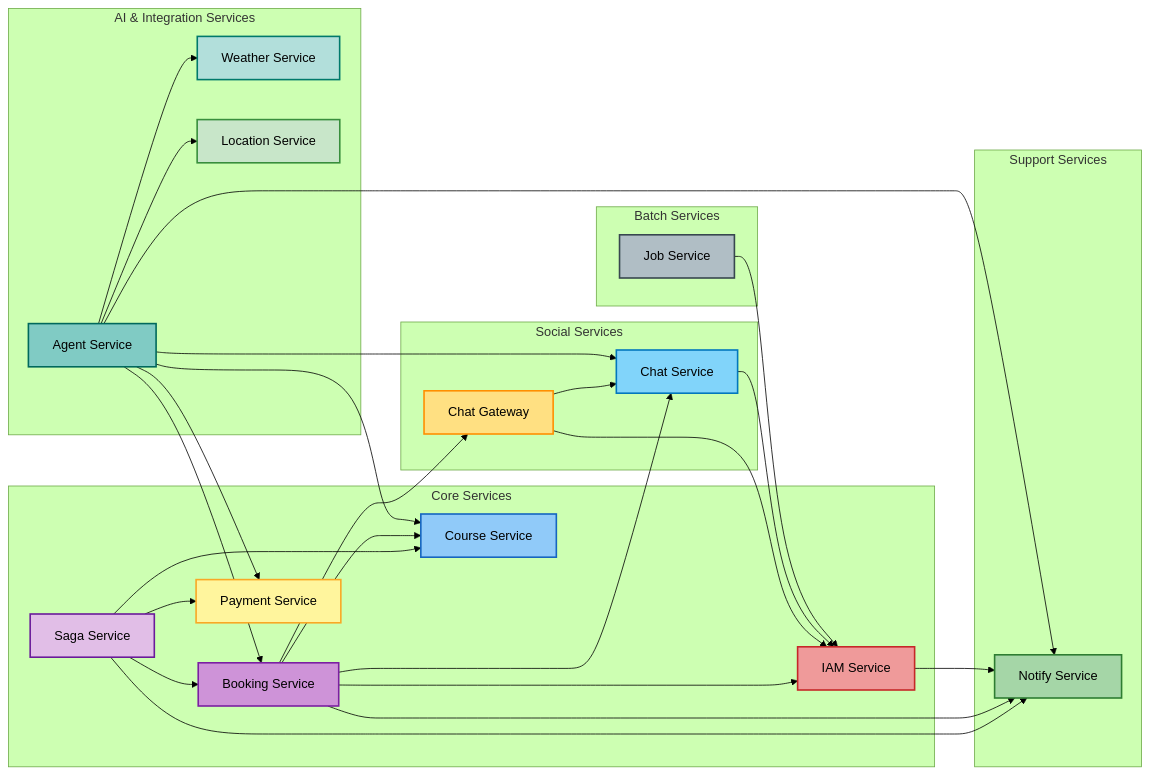
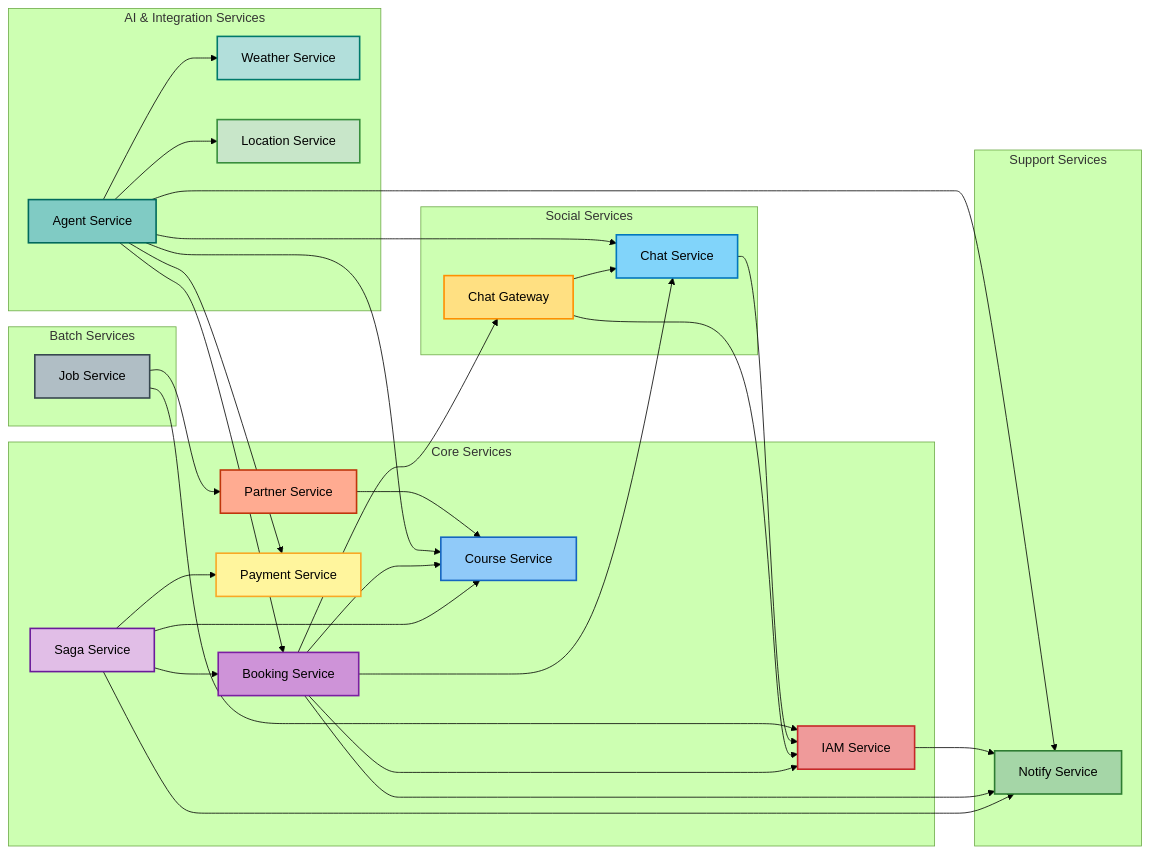
Before and after one commit to uniyous/parkgolf-platform: the second of 6 diagrams in docs/architecture/SYSTEM.md, drawn with Mermaid (forest theme). The commit also changed other lines of this file and 4 other files, not shown here.

First line of the commit message:
docs: 가맹점 분류 체계 및 partner-service 아키텍처 문서 현행화

````diff
--- a/docs/architecture/SYSTEM.md
+++ b/docs/architecture/SYSTEM.md
@@ -157,64 +188,68 @@
 ```mermaid
 graph LR
     subgraph "Core Services"
         IAM[IAM Service]
         COURSE[Course Service]
         BOOK[Booking Service]
         SAGA[Saga Service]
         PAY[Payment Service]
+        PARTNER[Partner Service]
     end
 
     subgraph "Social Services"
         CHAT[Chat Service]
         CHATGW[Chat Gateway]
     end
 
     subgraph "Support Services"
         NOTIFY[Notify Service]
     end
 
     subgraph "AI & Integration Services"
         AGENT[Agent Service]
         WEATHER[Weather Service]
         LOCATION[Location Service]
     end
 
     subgraph "Batch Services"
         JOB[Job Service]
     end
 
     SAGA --> BOOK
     SAGA --> COURSE
     SAGA --> PAY
     SAGA --> NOTIFY
     BOOK --> IAM
     BOOK --> COURSE
     BOOK --> NOTIFY
     IAM --> NOTIFY
     CHATGW --> CHAT
     CHATGW --> IAM
     CHAT --> IAM
     AGENT --> COURSE
     AGENT --> BOOK
     AGENT --> PAY
     AGENT --> WEATHER
     AGENT --> LOCATION
     AGENT --> CHAT
     AGENT --> NOTIFY
     BOOK --> CHAT
     BOOK --> CHATGW
+    PARTNER --> COURSE
+    JOB --> PARTNER
     JOB --> IAM
 
     style IAM fill:#ef9a9a,stroke:#c62828,stroke-width:2px,color:#000
     style COURSE fill:#90caf9,stroke:#1565c0,stroke-width:2px,color:#000
     style BOOK fill:#ce93d8,stroke:#7b1fa2,stroke-width:2px,color:#000
     style SAGA fill:#e1bee7,stroke:#6a1b9a,stroke-width:2px,color:#000
     style PAY fill:#fff59d,stroke:#f9a825,stroke-width:2px,color:#000
     style NOTIFY fill:#a5d6a7,stroke:#2e7d32,stroke-width:2px,color:#000
     style CHAT fill:#81d4fa,stroke:#0277bd,stroke-width:2px,color:#000
     style CHATGW fill:#ffe082,stroke:#ff8f00,stroke-width:2px,color:#000
     style AGENT fill:#80cbc4,stroke:#00695c,stroke-width:2px,color:#000
     style WEATHER fill:#b2dfdb,stroke:#00796b,stroke-width:2px,color:#000
     style LOCATION fill:#c8e6c9,stroke:#388e3c,stroke-width:2px,color:#000
+    style PARTNER fill:#ffab91,stroke:#bf360c,stroke-width:2px,color:#000
     style JOB fill:#b0bec5,stroke:#37474f,stroke-width:2px,color:#000
 ```
````
